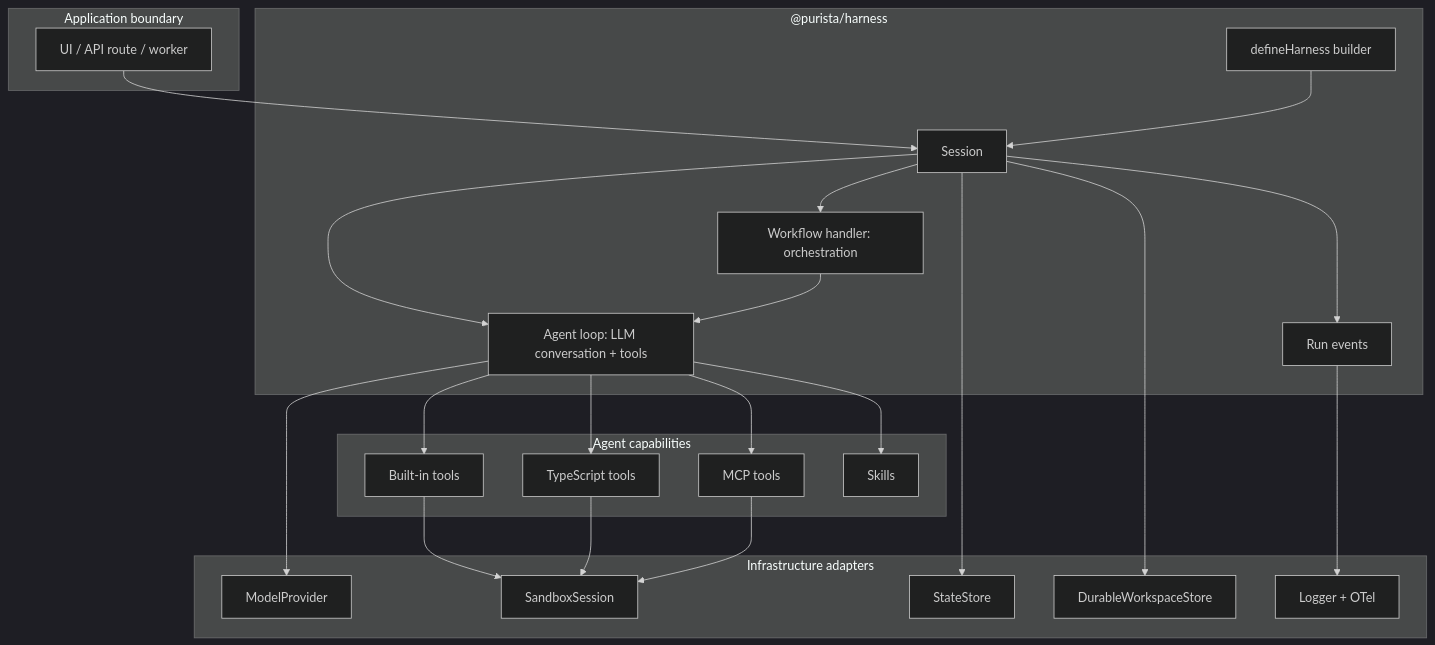
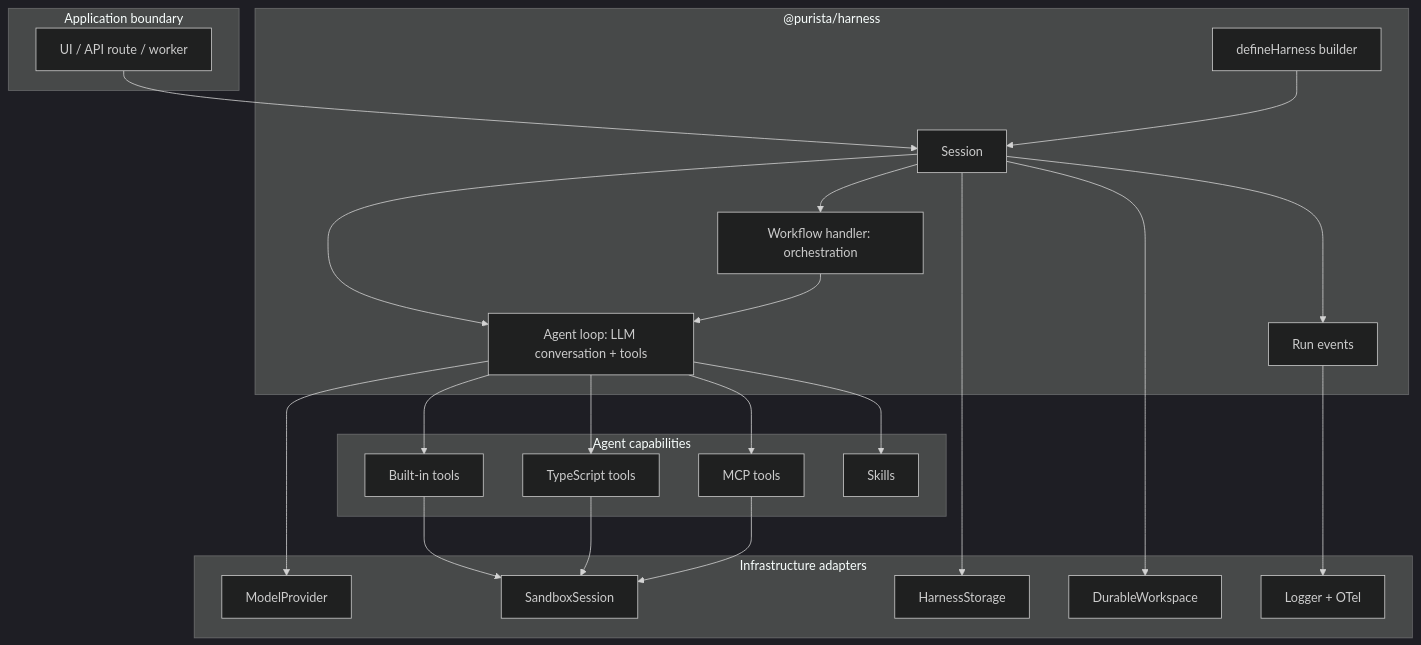
One commit to puristajs/harness changed the first of 5 diagrams in docs/concepts/architecture.md. Above: the diagram before and after it, drawn with Mermaid (dark theme). The commit also changed other lines of this file and 145 other files, not shown here.

Commit message:
feat!: unify Harness storage in v3

````diff
--- a/docs/concepts/architecture.md
+++ b/docs/concepts/architecture.md
@@ -9,47 +9,47 @@
 ```mermaid
 flowchart TB
   subgraph App["Application boundary"]
     UI["UI / API route / worker"]
   end
 
   subgraph Harness["@purista/harness"]
     Builder["defineHarness builder"]
     Session["Session"]
     Agent["Agent loop: LLM conversation + tools"]
     Workflow["Workflow handler: orchestration"]
     Events["Run events"]
   end
 
   subgraph Adapters["Infrastructure adapters"]
     Model["ModelProvider"]
-    State["StateStore"]
+    State["HarnessStorage"]
     Sandbox["SandboxSession"]
-    Workspace["DurableWorkspaceStore"]
+    Workspace["DurableWorkspace"]
     Telemetry["Logger + OTel"]
   end
 
   subgraph Capabilities["Agent capabilities"]
     Builtin["Built-in tools"]
     TsTool["TypeScript tools"]
     Mcp["MCP tools"]
     Skills["Skills"]
   end
 
   UI --> Session
   Builder --> Session
   Session --> Agent
   Session --> Workflow
   Workflow --> Agent
   Agent --> Model
   Agent --> Builtin
   Agent --> TsTool
   Agent --> Mcp
   Agent --> Skills
   Builtin --> Sandbox
   TsTool --> Sandbox
   Mcp --> Sandbox
   Session --> State
   Session --> Workspace
   Session --> Events
   Events --> Telemetry
 ```
````
